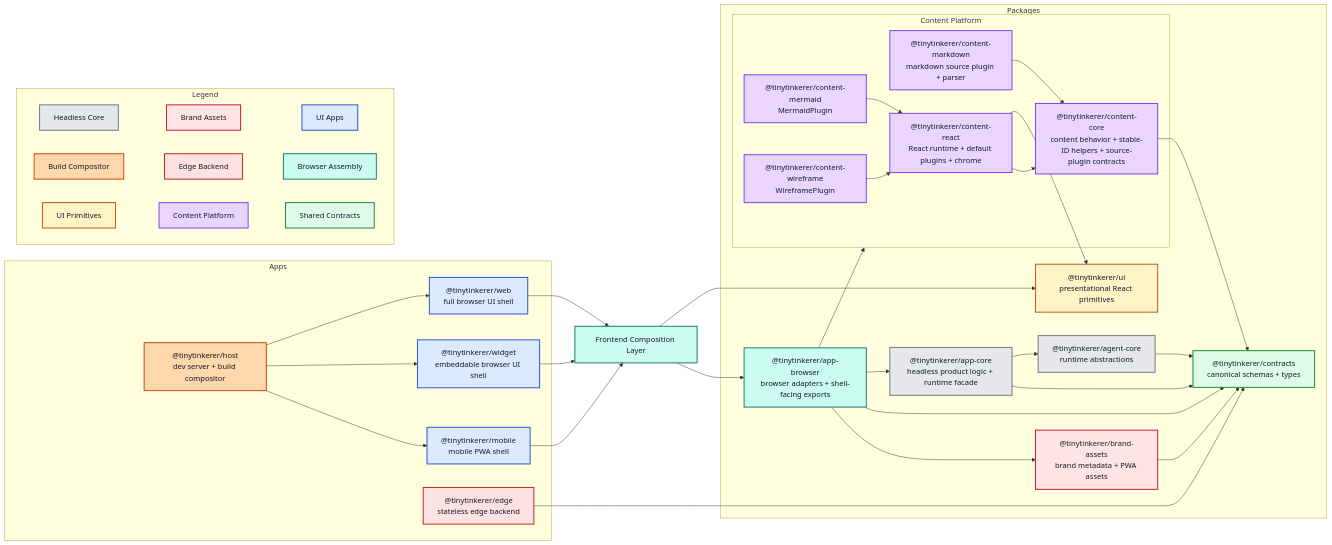
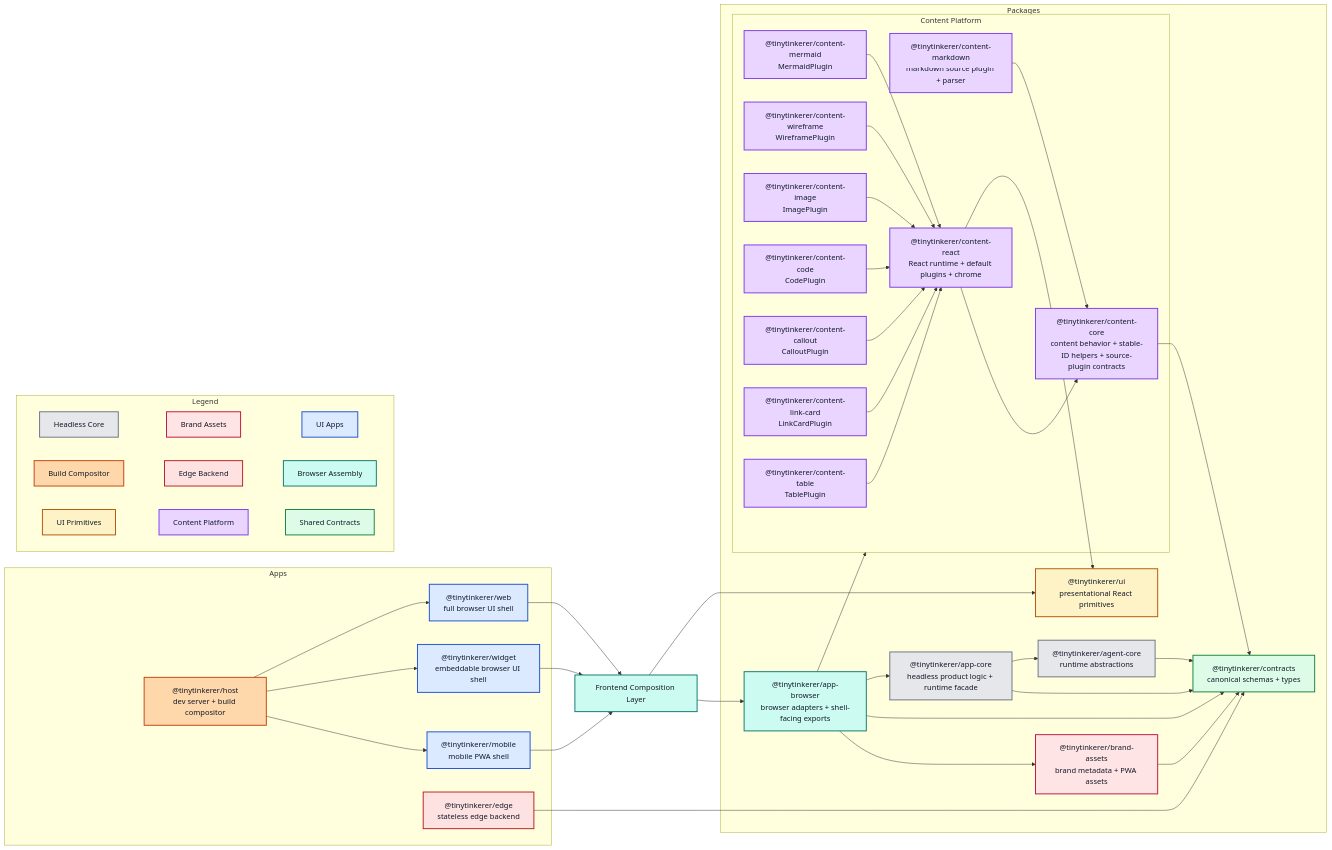
One commit to NNTin/tinytinkerer changed the diagram in docs/ARCHITECTURE.md. Above: the diagram before and after it, drawn with Mermaid. The commit also changed other lines of this file and 28 other files, not shown here.

Commit message:
feat: introduce new ui renderers for image, code, callout, link-card and table

```diff
--- a/docs/ARCHITECTURE.md
+++ b/docs/ARCHITECTURE.md
@@ -59,6 +59,11 @@
       contentreact["@tinytinkerer/content-react<br/>React runtime + default plugins + chrome"]
       contentmermaid["@tinytinkerer/content-mermaid<br/>MermaidPlugin"]
       contentwireframe["@tinytinkerer/content-wireframe<br/>WireframePlugin"]
+      contentimage["@tinytinkerer/content-image<br/>ImagePlugin"]
+      contentcode["@tinytinkerer/content-code<br/>CodePlugin"]
+      contentcallout["@tinytinkerer/content-callout<br/>CalloutPlugin"]
+      contentlinkcard["@tinytinkerer/content-link-card<br/>LinkCardPlugin"]
+      contenttable["@tinytinkerer/content-table<br/>TablePlugin"]
     end
   end
 
@@ -88,6 +93,11 @@
   contentmarkdown --> contentcore
   contentmermaid --> contentreact
   contentwireframe --> contentreact
+  contentimage --> contentreact
+  contentcode --> contentreact
+  contentcallout --> contentreact
+  contentlinkcard --> contentreact
+  contenttable --> contentreact
 
   agent --> contracts
   brand --> contracts
@@ -125,7 +135,7 @@
   class edge,legendEdge edgeApp;
   class common,appbrowser,legendBrowser browserAssembly;
   class ui,legendUi uiPrimitives;
-  class contentcore,contentmarkdown,contentreact,contentmermaid,contentwireframe,legendFeature sharedFeature;
+  class contentcore,contentmarkdown,contentreact,contentmermaid,contentwireframe,contentimage,contentcode,contentcallout,contentlinkcard,contenttable,legendFeature sharedFeature;
   class contracts,legendContracts contractsLayer;
   class agent,appcore,legendCore coreLayer;
   class brand,legendBrand brandLayer;
```
